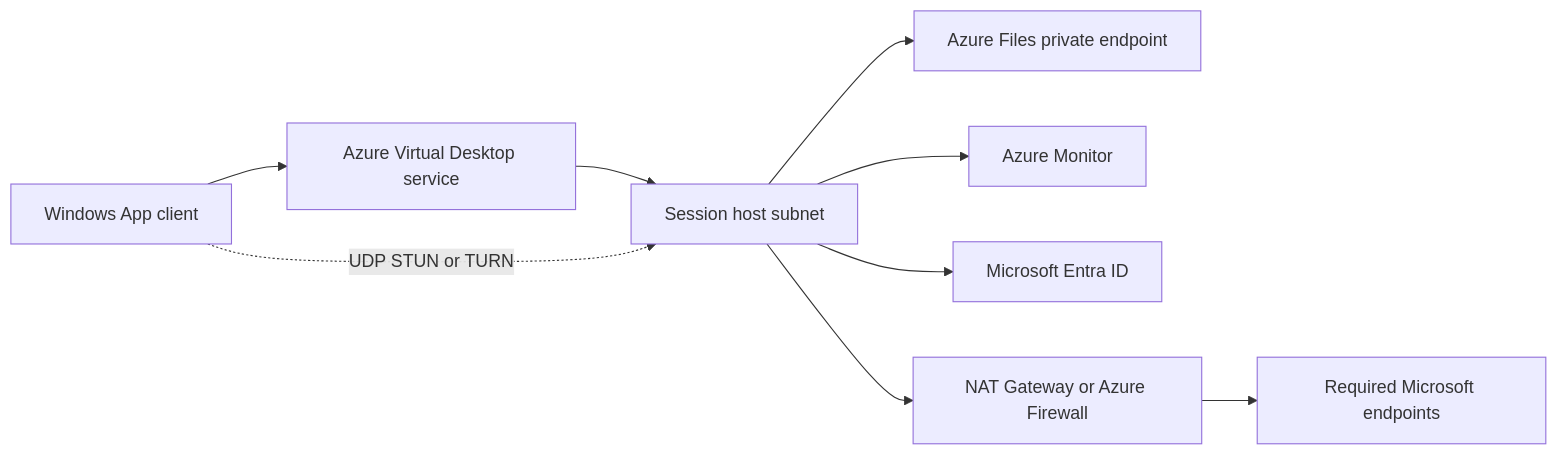
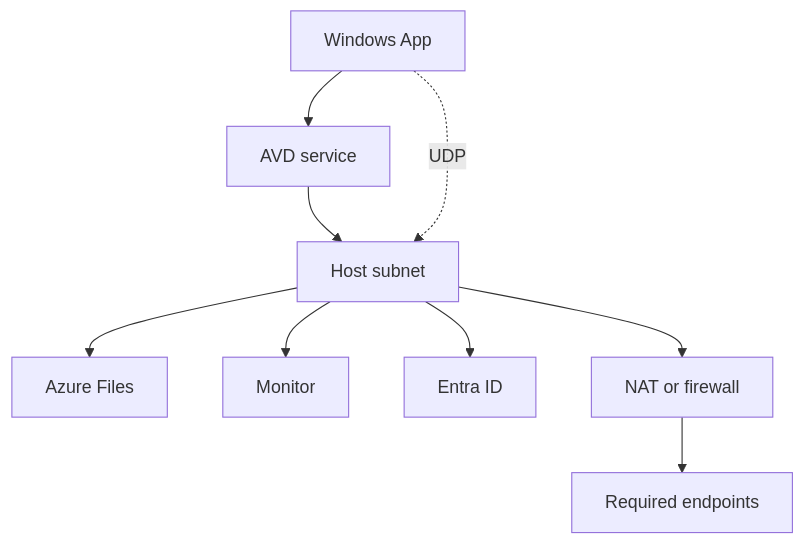
The second of 3 diagrams in docs/networking/index.md (marckean/AVD-Reference_Architecture), drawn with Mermaid before and after one commit. The commit also changed other lines of this file and 125 other files, not shown here.

````diff
--- a/docs/networking/index.md
+++ b/docs/networking/index.md
@@ -36,11 +57,11 @@
 ```mermaid
-flowchart LR
-    C["Windows App client"] --> AVD["Azure Virtual Desktop service"]
-    AVD --> H["Session host subnet"]
-    C -. "UDP STUN or TURN" .-> H
-    H --> F["Azure Files private endpoint"]
-    H --> M["Azure Monitor"]
-    H --> I["Microsoft Entra ID"]
-    H --> N["NAT Gateway or Azure Firewall"]
-    N --> MS["Required Microsoft endpoints"]
+flowchart TB
+    C["Windows App"] --> A["AVD service"]
+    A --> H["Host subnet"]
+    C -. "UDP" .-> H
+    H --> F["Azure Files"]
+    H --> M["Monitor"]
+    H --> E["Entra ID"]
+    H --> N["NAT or firewall"]
+    N --> R["Required endpoints"]
 ```
````
